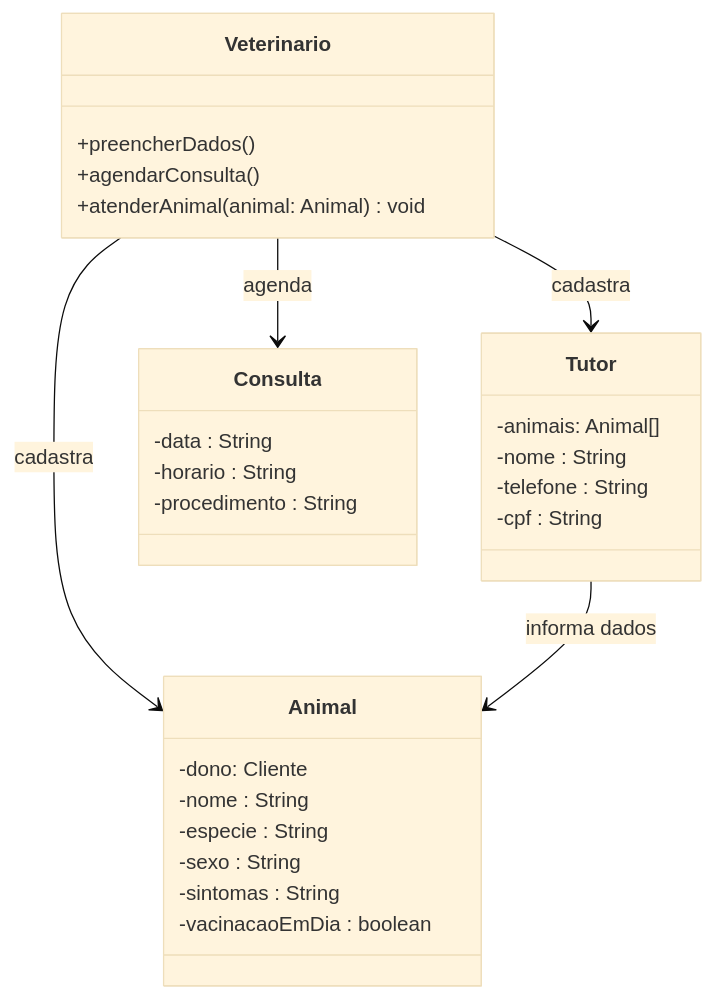
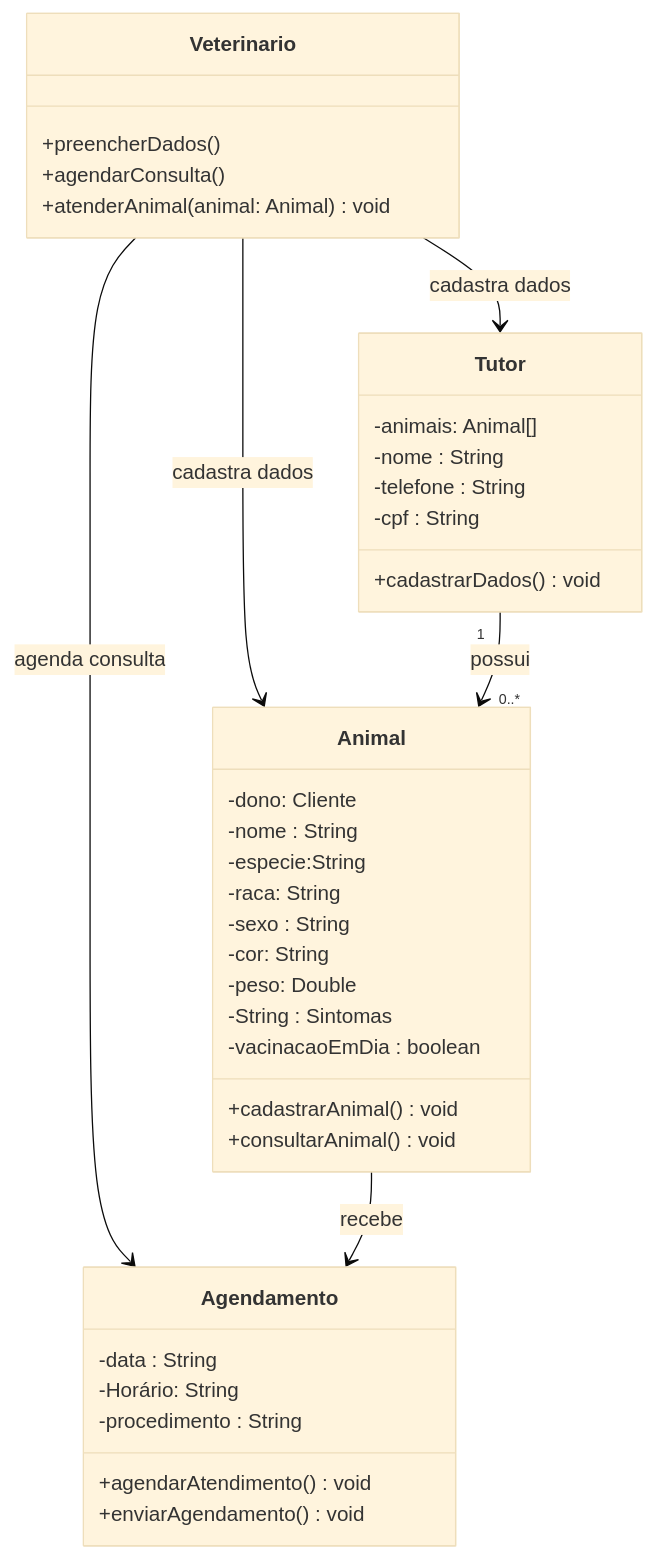
One commit to fronquetti/trabalho-engenharia-software-2026 changed the second of 2 diagrams in README.md. Above: the diagram before and after it, drawn with Mermaid (base theme).

````diff
--- a/README.md
+++ b/README.md
@@ -40,35 +40,46 @@
 ```mermaid
 classDiagram
-  class Veterinario {
-   +preencherDados()
-   +agendarConsulta()
-   +atenderAnimal(animal: Animal)void
-}
 
-class Tutor {
-    -animais: Animal[]
-   -nome : String
-   -telefone : String
-   -cpf : String
-}
+    class Veterinario {
+       +preencherDados()
+       +agendarConsulta()
+       +atenderAnimal(animal: Animal)void
+    }
 
-class Animal {
-    -dono: Cliente
-   -nome : String
-   -especie : String
-   -sexo : String
-   -sintomas : String
-   -vacinacaoEmDia : boolean
-}
+    class Tutor {
+        -animais: Animal[]
+        -nome : String
+        -telefone : String
+        -cpf : String
+        +cadastrarDados() void
+     
+    }
 
-class Consulta {
-   -data : String
-   -horario : String
-   -procedimento : String
-}
+    class Animal {
+       -dono: Cliente
+       -nome : String
+       -especie:String
+       -raca: String
+       -sexo : String       
+       -cor: String
+       -peso: Double
+       -String : Sintomas
+       -vacinacaoEmDia : boolean
+       +cadastrarAnimal() void
+       +consultarAnimal() void
+    }
 
-Veterinario --> Tutor : cadastra
-Veterinario --> Animal : cadastra
-Veterinario --> Consulta : agenda
-Tutor --> Animal : informa dados
+    class Agendamento {
+        -data : String
+        -Horário: String
+        -procedimento : String
+        +agendarAtendimento() void
+        +enviarAgendamento() void
+    }
+
+    Veterinario --> Tutor : cadastra dados
+    Veterinario --> Animal : cadastra dados
+    Veterinario --> Agendamento : agenda consulta
+    Tutor "1" --> "0..*" Animal : possui
+    Animal --> Agendamento : recebe
 ```
````
